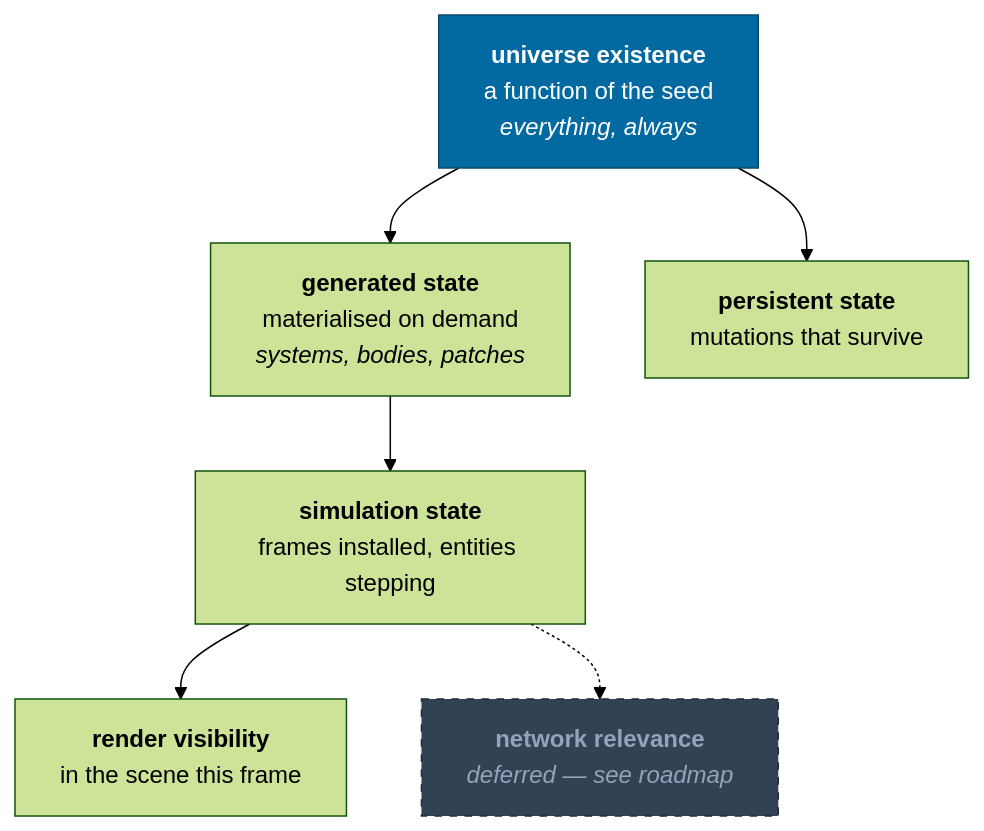
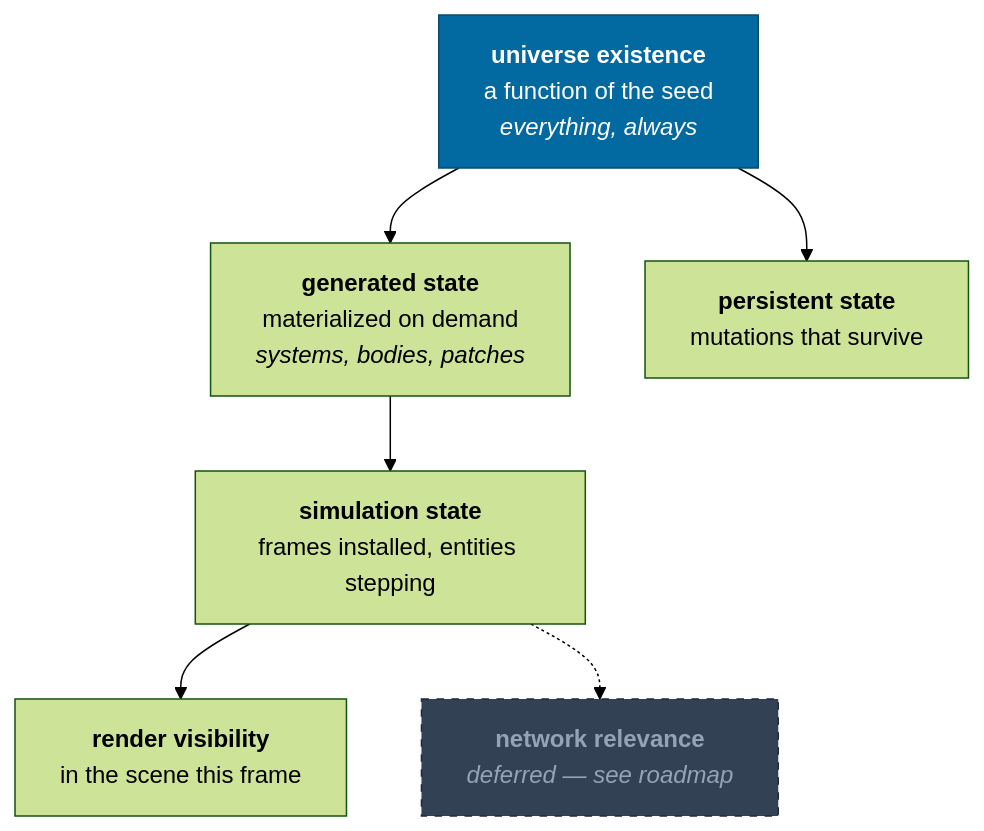
The first of 3 diagrams in docs/concepts/streaming.md (jonjaques/inertialref), drawn with Mermaid (forest theme) before and after one commit. The commit also changed other lines of this file and 358 other files, not shown here.

````diff
--- a/docs/concepts/streaming.md
+++ b/docs/concepts/streaming.md
@@ -21,16 +21,16 @@
 ```mermaid
 flowchart TB
     EXIST["<b>universe existence</b><br/>a function of the seed<br/><i>everything, always</i>"]
-    GEN["<b>generated state</b><br/>materialised on demand<br/><i>systems, bodies, patches</i>"]
+    GEN["<b>generated state</b><br/>materialized on demand<br/><i>systems, bodies, patches</i>"]
     SIM["<b>simulation state</b><br/>frames installed, entities stepping"]
     REND["<b>render visibility</b><br/>in the scene this frame"]
     PERS["<b>persistent state</b><br/>mutations that survive"]
     NET["<b>network relevance</b><br/><i>deferred — see roadmap</i>"]
 
     EXIST --> GEN --> SIM --> REND
     EXIST --> PERS
     SIM -.-> NET
 
     style EXIST fill:#0369a1,stroke:#0c4a6e,color:#fff
     style NET fill:#334155,stroke:#1e293b,color:#94a3b8,stroke-dasharray: 5 5
 ```
````
